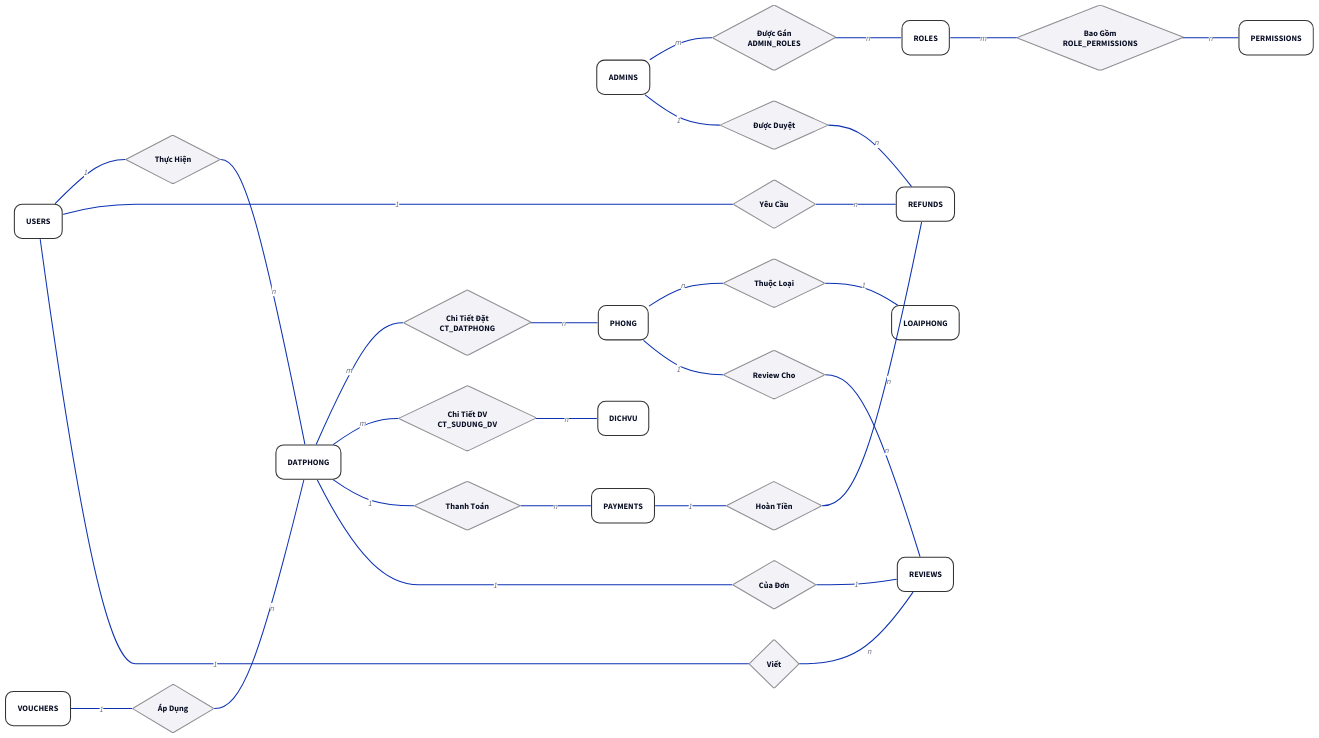
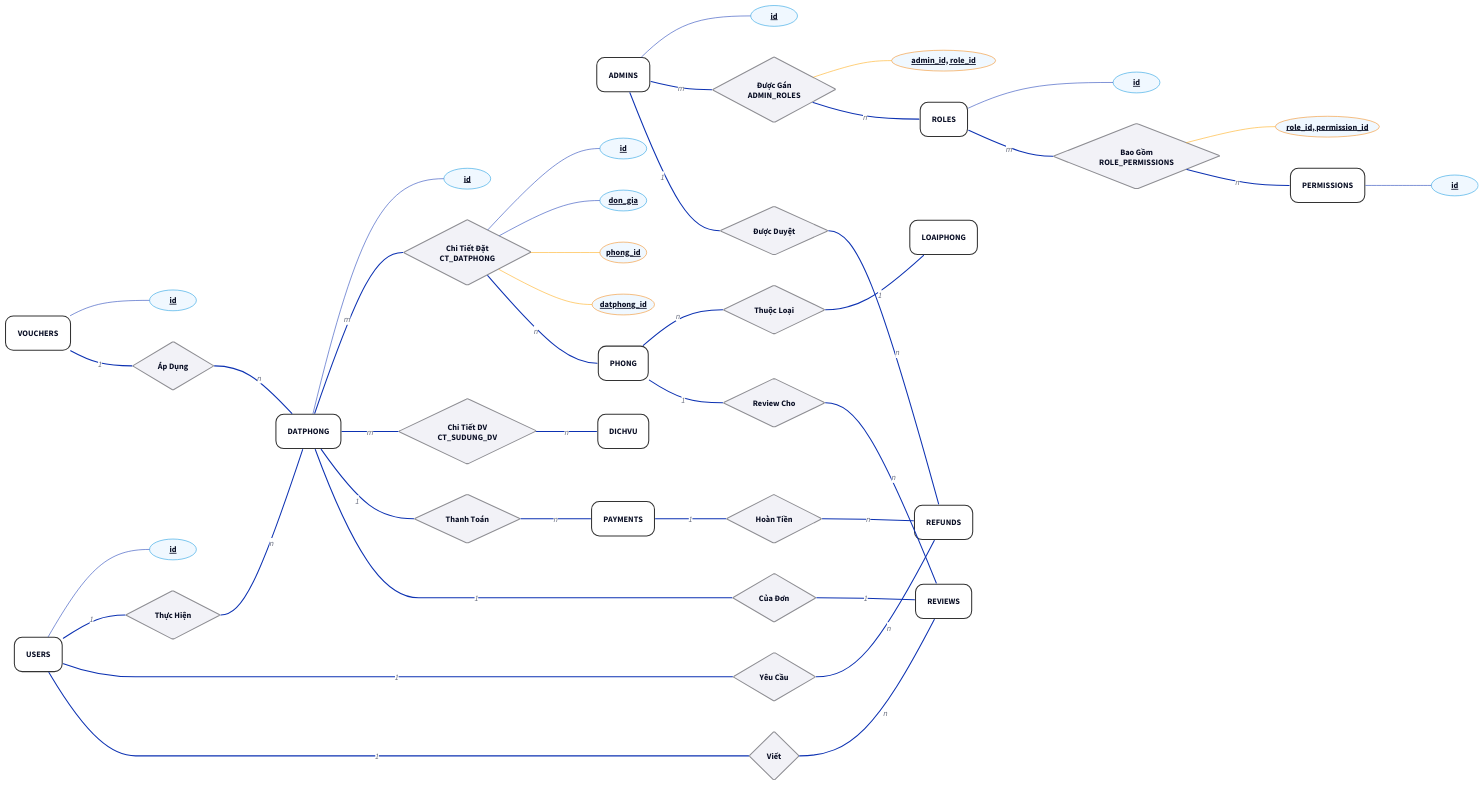
The diagram in baocao/content/diagrams/ch02-ER.d2 (sam-uit/ie103-project-report), drawn with D2 before and after one commit.

```diff
--- a/baocao/content/diagrams/ch02-ER.d2
+++ b/baocao/content/diagrams/ch02-ER.d2
@@ -51,7 +51,7 @@
   # Thuộc tính: Oval (chưa dùng nhiều để tránh rối)
   attr: {
     shape: oval
-    width: 60
+    width: 90
     height: 40
     style: {
       fill: "#F0F8FF"
@@ -63,7 +63,7 @@
 
   attr_pri: {
     shape: oval
-    width: 60
+    width: 90
     height: 40
     style: {
       fill: "#F0F8FF"
@@ -76,7 +76,7 @@
 
   attr_foreign_pri: {
     shape: oval
-    width: 60
+    width: 90
     height: 40
     style: {
       fill: "#F0F8FF"
@@ -92,29 +92,66 @@
 # Dựa trên init_tables.sql và tài liệu mô tả
 
 ADMINS: {class: entity; label: "ADMINS"}
+admin_id: {class: attr_pri; label: "id"}
+ADMINS -- admin_id: {style: {stroke-width: 1}}
+
 ROLES: {class: entity; label: "ROLES"}
+role_id: {class: attr_pri; label: "id"}
+ROLES -- role_id: {style: {stroke-width: 1}}
+
 PERMISSIONS: {class: entity; label: "PERMISSIONS"}
+permission_id: {class: attr_pri; label: "id"}
+PERMISSIONS -- permission_id: {style: {stroke-width: 1}}
 
 USERS: {class: entity; label: "USERS"}
+user_id: {class: attr_pri; label: "id"}
+USERS -- user_id: {style: {stroke-width: 1}}
+
 VOUCHERS: {class: entity; label: "VOUCHERS"}
+voucher_id: {class: attr_pri; label: "id"}
+VOUCHERS -- voucher_id: {style: {stroke-width: 1}}
 
 DATPHONG: {class: entity; label: "DATPHONG"}
+datphong_id: {class: attr_pri; label: "id"}
+DATPHONG -- datphong_id: {style: {stroke-width: 1}}
+
 LOAIPHONG: {class: entity; label: "LOAIPHONG"}
+
 PHONG: {class: entity; label: "PHONG"}
+
 DICHVU: {class: entity; label: "DICHVU"}
 
 PAYMENTS: {class: entity; label: "PAYMENTS"}
+
 REFUNDS: {class: entity; label: "REFUNDS"}
+
 REVIEWS: {class: entity; label: "REVIEWS"}
 
 # --- 3. RELATIONSHIPS (MỐI QUAN HỆ) ---
 # Phân biệt rõ đâu là quan hệ. 
 # Các bảng trung gian N-N trong SQL được coi là Quan Hệ trong ERD.
+# FOREIGN KEY: orange
 
 # Quan hệ N-N (Từ bảng trung gian)
 ADMIN_ROLES: {class: rel; label: "Được Gán\nADMIN_ROLES"}
+admin_roles_pri_key: {class: attr_foreign_pri; width: 200; label: "admin_id, role_id"}
+ADMIN_ROLES -- admin_roles_pri_key: {style: {stroke-width: 1; stroke: orange}}
+
 ROLE_PERMISSIONS: {class: rel; label: "Bao Gồm\nROLE_PERMISSIONS"}
+roles_permissions_pri_key: {class: attr_foreign_pri; width: 200; label: "role_id, permission_id"}
+ROLE_PERMISSIONS -- roles_permissions_pri_key: {style: {stroke-width: 1; stroke: orange}}
+
 CT_DATPHONG: {class: rel; label: "Chi Tiết Đặt\nCT_DATPHONG"}
+ct_datphong_id: {class: attr_pri; label: "id"}
+ct_datphong_phong_id: {class: attr_foreign_pri; label: "phong_id"}
+ct_datphong_datphong_id: {class: attr_foreign_pri; label: "datphong_id"; width: 120}
+ct_datphong_dongia: {class: attr_pri; label: "don_gia"}
+
+CT_DATPHONG -- ct_datphong_id: {style: {stroke-width: 1}}
+CT_DATPHONG -- ct_datphong_dongia: {style: {stroke-width: 1}}
+CT_DATPHONG -- ct_datphong_phong_id: {style: {stroke-width: 1; stroke: orange}}
+CT_DATPHONG -- ct_datphong_datphong_id: {style: {stroke-width: 1; stroke: orange}}
+
 CT_SUDUNG_DV: {class: rel; label: "Chi Tiết DV\nCT_SUDUNG_DV"}
 
 # Quan hệ 1-N / 1-1 (Logical)
```
